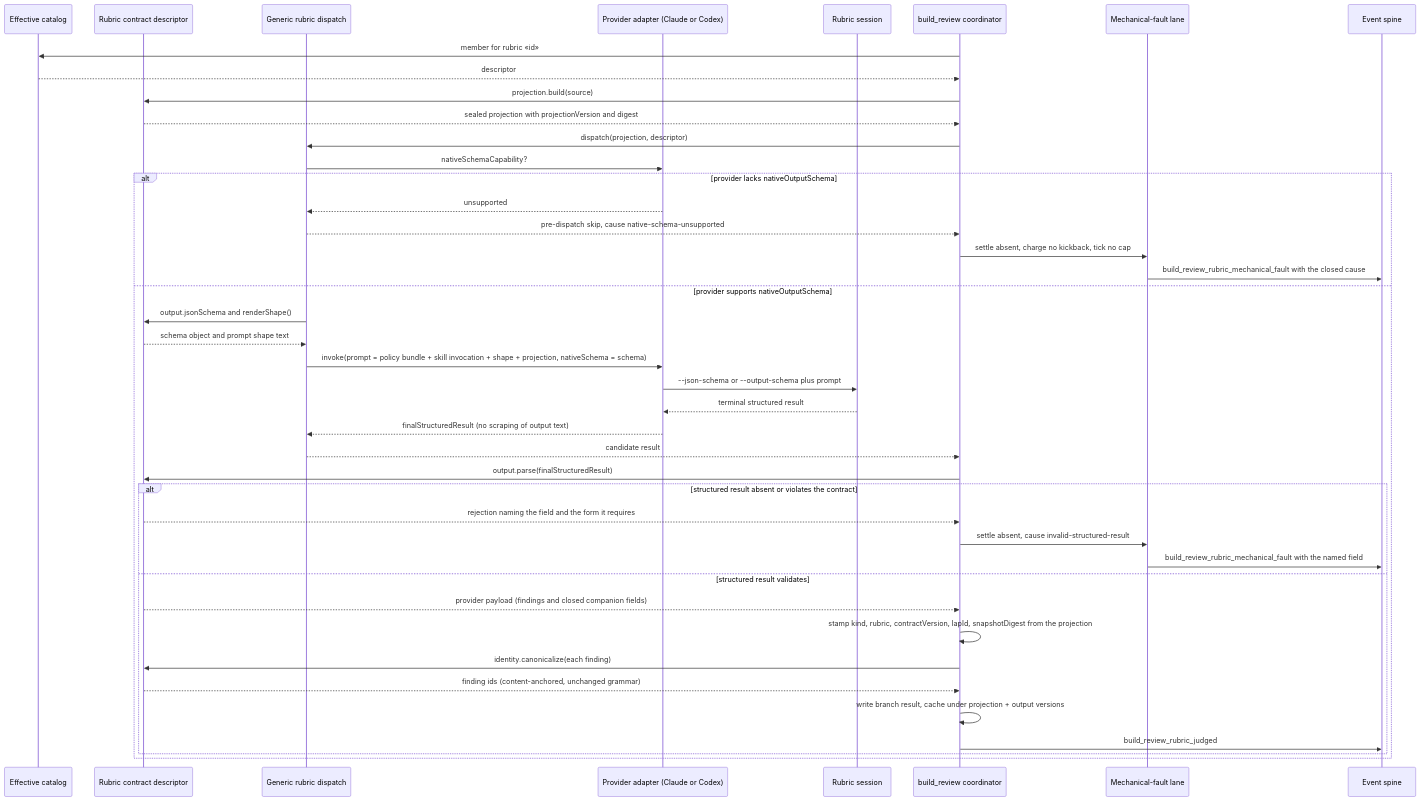
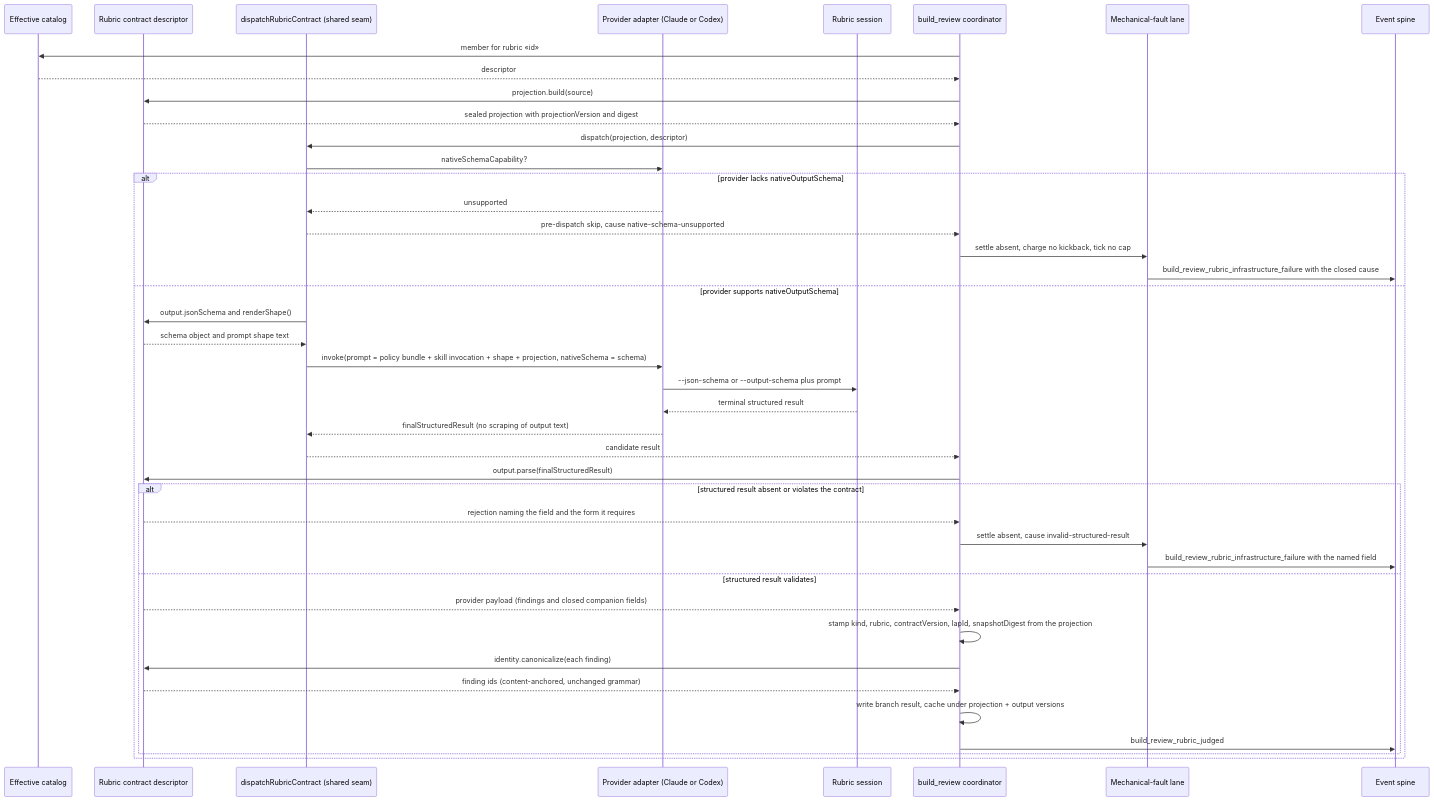
The diagram in .docs/architecture/sequences/build-review-rubric-findings-arrive-as-typed-struc.md (jstoup111/ai-conductor), drawn with Mermaid before and after one commit. The commit also changed other lines of this file and 2 other files, not shown here.

Commit message:
docs(adr): D1.3 names dispatchRubricContract as the shared build_review dispatch seam
Operator-approved clarification of D1.2 after as-built AB-1: the coordinator
stays built-in-keyed and custom-v1 reaches the same seam through
dispatchInstalledBuildReviewPolicy. Diagrams updated to match, and the stale
build_review_rubric_mechanical_fault event id renamed.

````diff
--- a/.docs/architecture/sequences/build-review-rubric-findings-arrive-as-typed-struc.md
+++ b/.docs/architecture/sequences/build-review-rubric-findings-arrive-as-typed-struc.md
@@ -11,47 +11,47 @@
 ```mermaid
 sequenceDiagram
     participant Cat as Effective catalog
     participant Desc as Rubric contract descriptor
-    participant Disp as Generic rubric dispatch
+    participant Disp as dispatchRubricContract (shared seam)
     participant Prov as Provider adapter (Claude or Codex)
     participant Grader as Rubric session
     participant Coord as build_review coordinator
     participant Fault as Mechanical-fault lane
     participant Spine as Event spine
 
     Coord->>Cat: member for rubric «id»
     Cat-->>Coord: descriptor
     Coord->>Desc: projection.build(source)
     Desc-->>Coord: sealed projection with projectionVersion and digest
     Coord->>Disp: dispatch(projection, descriptor)
 
     Disp->>Prov: nativeSchemaCapability?
     alt provider lacks nativeOutputSchema
         Prov-->>Disp: unsupported
         Disp-->>Coord: pre-dispatch skip, cause native-schema-unsupported
         Coord->>Fault: settle absent, charge no kickback, tick no cap
-        Fault->>Spine: build_review_rubric_mechanical_fault with the closed cause
+        Fault->>Spine: build_review_rubric_infrastructure_failure with the closed cause
     else provider supports nativeOutputSchema
         Disp->>Desc: output.jsonSchema and renderShape()
         Desc-->>Disp: schema object and prompt shape text
         Disp->>Prov: invoke(prompt = policy bundle + skill invocation + shape + projection, nativeSchema = schema)
         Prov->>Grader: --json-schema or --output-schema plus prompt
         Grader-->>Prov: terminal structured result
         Prov-->>Disp: finalStructuredResult (no scraping of output text)
         Disp-->>Coord: candidate result
 
         Coord->>Desc: output.parse(finalStructuredResult)
         alt structured result absent or violates the contract
             Desc-->>Coord: rejection naming the field and the form it requires
             Coord->>Fault: settle absent, cause invalid-structured-result
-            Fault->>Spine: build_review_rubric_mechanical_fault with the named field
+            Fault->>Spine: build_review_rubric_infrastructure_failure with the named field
         else structured result validates
             Desc-->>Coord: provider payload (findings and closed companion fields)
             Coord->>Coord: stamp kind, rubric, contractVersion, lapId, snapshotDigest from the projection
             Coord->>Desc: identity.canonicalize(each finding)
             Desc-->>Coord: finding ids (content-anchored, unchanged grammar)
             Coord->>Coord: write branch result, cache under projection + output versions
             Coord->>Spine: build_review_rubric_judged
         end
     end
 ```
````
